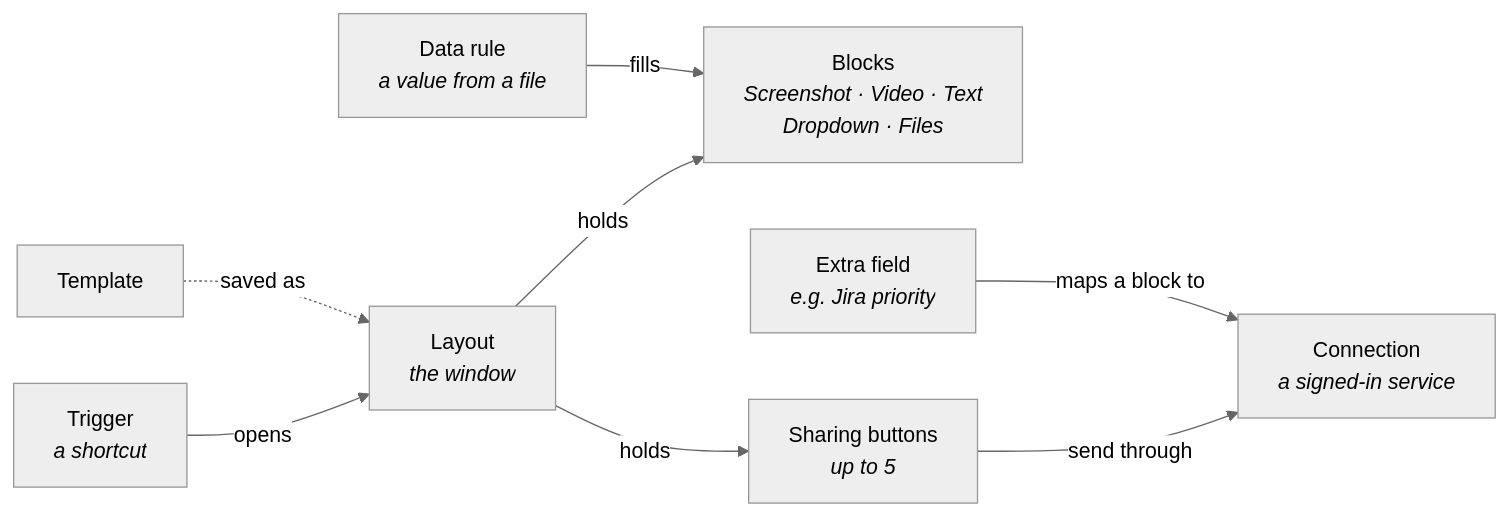
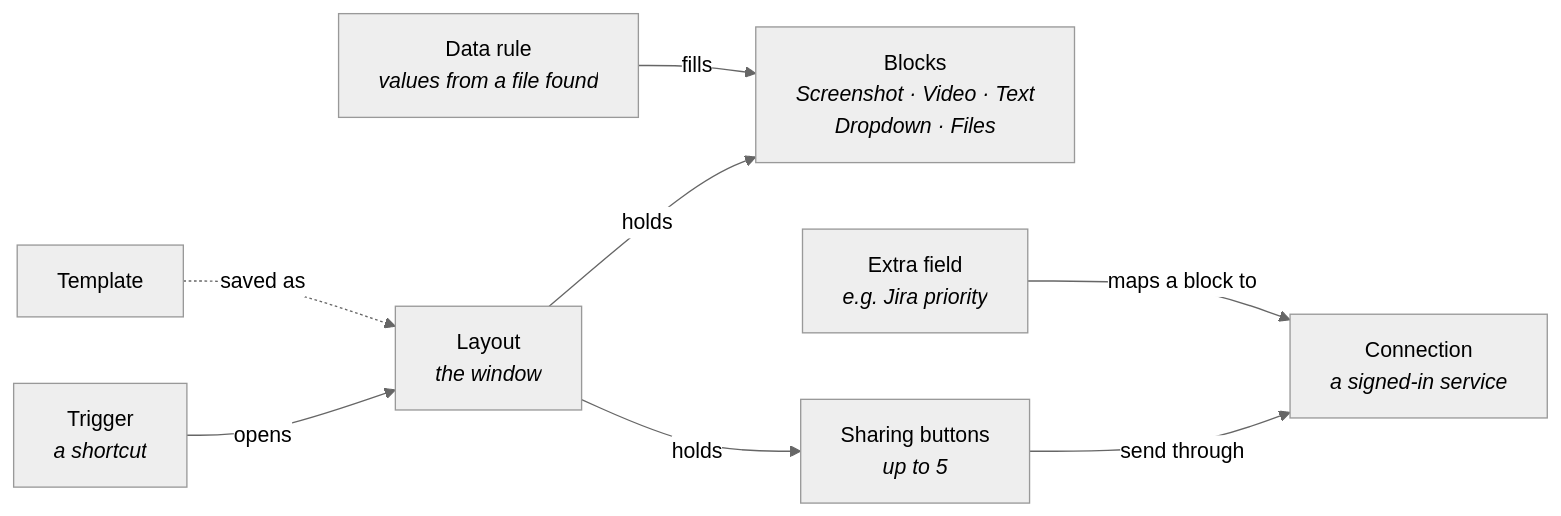
Before and after one commit to SotharL/CargoFrame: the first of 4 diagrams in docs/design.md, drawn with Mermaid (neutral theme). The commit also changed other lines of this file and 20 other files, not shown here.

````diff
--- a/docs/design.md
+++ b/docs/design.md
@@ -30,10 +30,10 @@
 ```mermaid
 flowchart LR
     T[Trigger<br><i>a shortcut</i>] -- opens --> L[Layout<br><i>the window</i>]
     L -- holds --> B[Blocks<br><i>Screenshot · Video · Text<br>Dropdown · Files</i>]
     L -- holds --> S[Sharing buttons<br><i>up to 5</i>]
     S -- send through --> C[Connection<br><i>a signed-in service</i>]
-    R[Data rule<br><i>a value from a file</i>] -- fills --> B
+    R[Data rule<br><i>values from a file found</i>] -- fills --> B
     X[Extra field<br><i>e.g. Jira priority</i>] -- maps a block to --> C
     TP[Template] -. saved as .-> L
 ```
````
